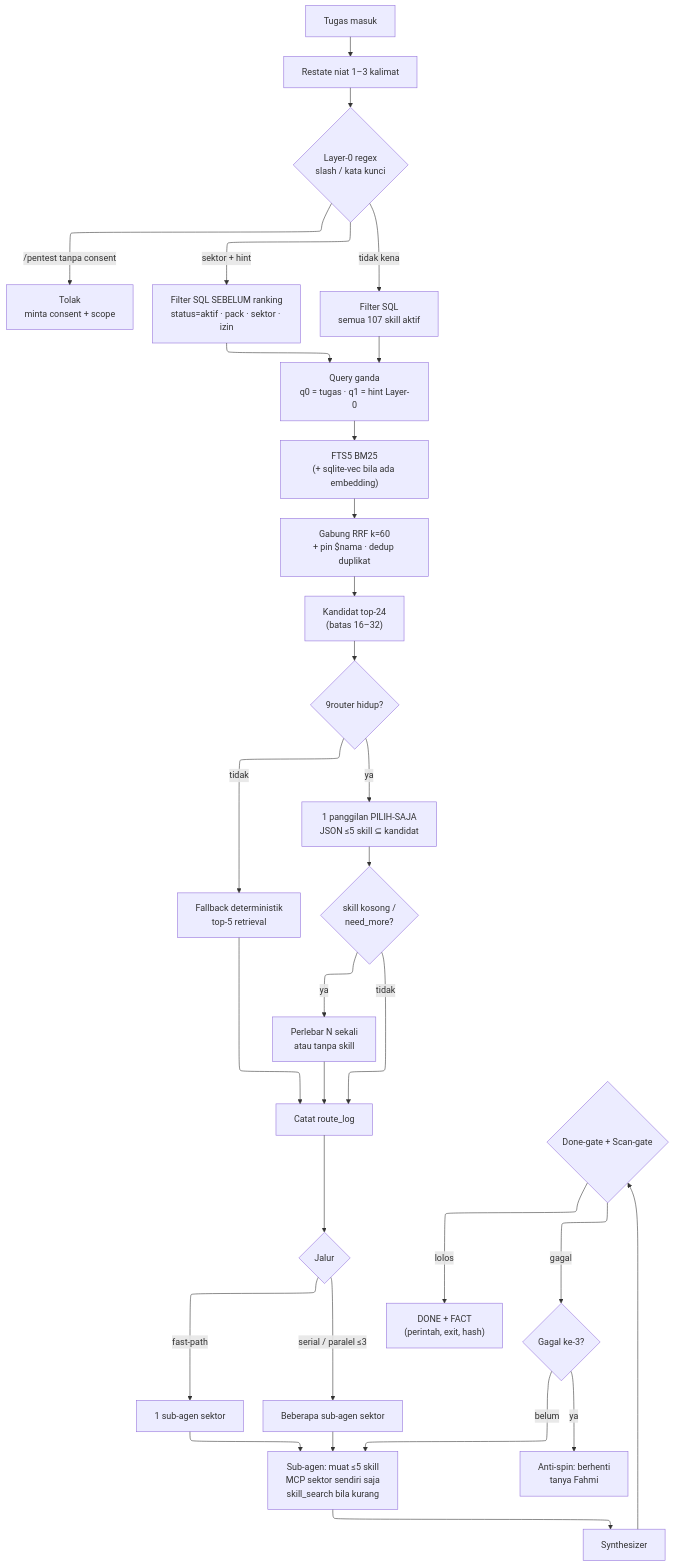
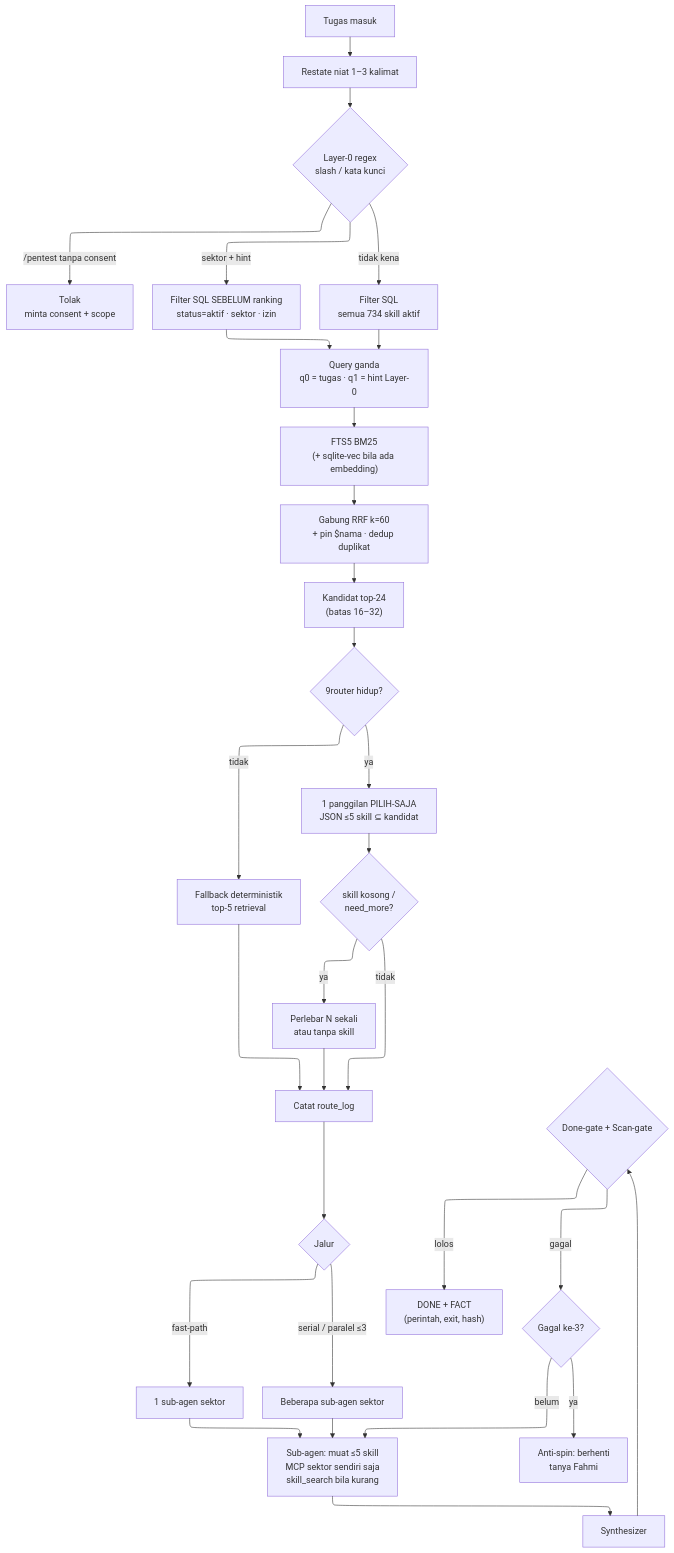
One commit to fahmi0812/Lumitome changed the diagram in docs/diagrams/orchestrator-final.mmd. Above: the diagram before and after it, drawn with Mermaid. The commit also changed 272 other files, not shown here.

```diff
--- a/docs/diagrams/orchestrator-final.mmd
+++ b/docs/diagrams/orchestrator-final.mmd
@@ -1,36 +1,36 @@
 ---
 config:
   layout: elk
   flowchart:
     padding: 16
 ---
 flowchart TB
   A["Tugas masuk"] --> B["Restate niat 1–3 kalimat"]
   B --> C{"Layer-0 regex<br/>slash / kata kunci"}
   C -- "/pentest tanpa consent" --> X["Tolak<br/>minta consent + scope"]
-  C -- "sektor + hint" --> D["Filter SQL SEBELUM ranking<br/>status=aktif · pack · sektor · izin"]
-  C -- "tidak kena" --> D2["Filter SQL<br/>semua 107 skill aktif"]
+  C -- "sektor + hint" --> D["Filter SQL SEBELUM ranking<br/>status=aktif · sektor · izin"]
+  C -- "tidak kena" --> D2["Filter SQL<br/>semua 734 skill aktif"]
   D --> E["Query ganda<br/>q0 = tugas · q1 = hint Layer-0"]
   D2 --> E
   E --> F["FTS5 BM25<br/>(+ sqlite-vec bila ada embedding)"]
   F --> G["Gabung RRF k=60<br/>+ pin $nama · dedup duplikat"]
   G --> H["Kandidat top-24<br/>(batas 16–32)"]
   H --> I{"9router hidup?"}
   I -- "ya" --> J["1 panggilan PILIH-SAJA<br/>JSON ≤5 skill ⊆ kandidat"]
   I -- "tidak" --> K["Fallback deterministik<br/>top-5 retrieval"]
   J --> L{"skill kosong /<br/>need_more?"}
   L -- "ya" --> M["Perlebar N sekali<br/>atau tanpa skill"]
   L -- "tidak" --> N["Catat route_log"]
   K --> N
   M --> N
   N --> O{"Jalur"}
   O -- "fast-path" --> P["1 sub-agen sektor"]
   O -- "serial / paralel ≤3" --> P2["Beberapa sub-agen sektor"]
   P --> Q["Sub-agen: muat ≤5 skill<br/>MCP sektor sendiri saja<br/>skill_search bila kurang"]
   P2 --> Q
   Q --> R["Synthesizer"]
   R --> S{"Done-gate + Scan-gate"}
   S -- "lolos" --> T["DONE + FACT<br/>(perintah, exit, hash)"]
   S -- "gagal" --> U{"Gagal ke-3?"}
   U -- "belum" --> Q
   U -- "ya" --> V["Anti-spin: berhenti<br/>tanya Fahmi"]
```
